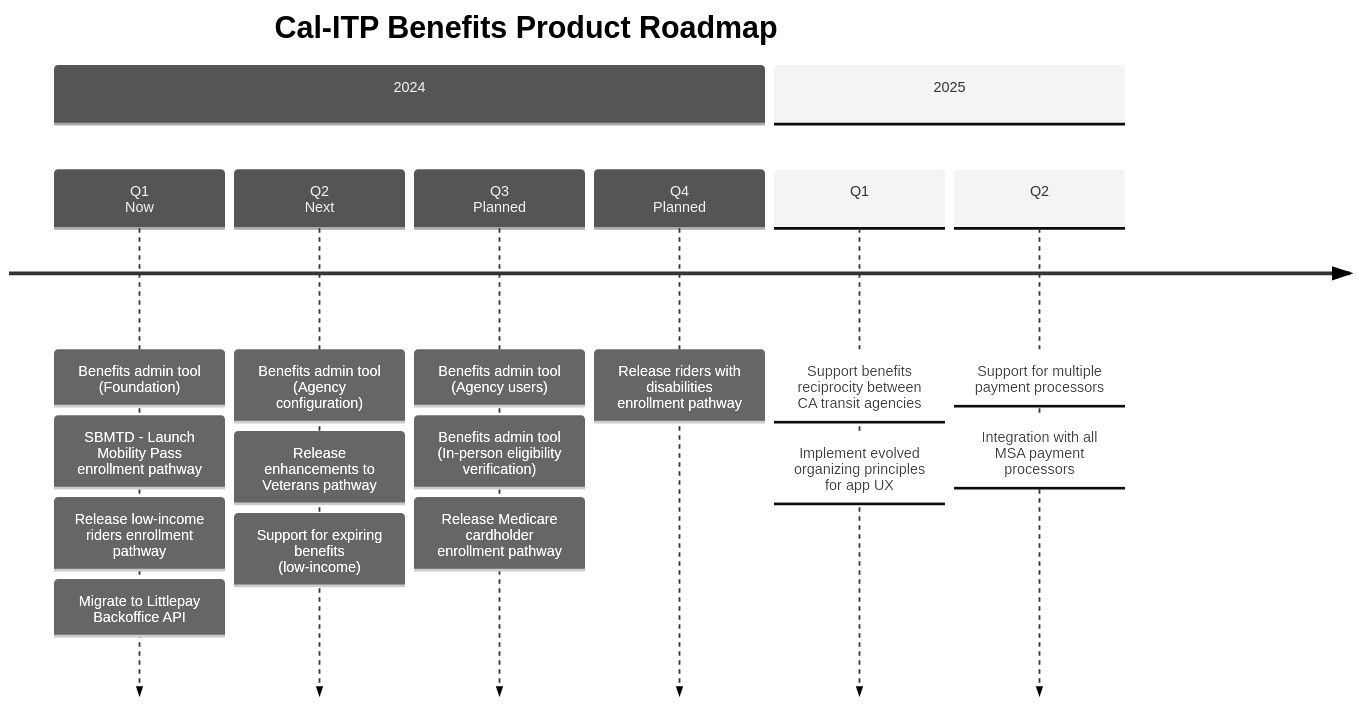
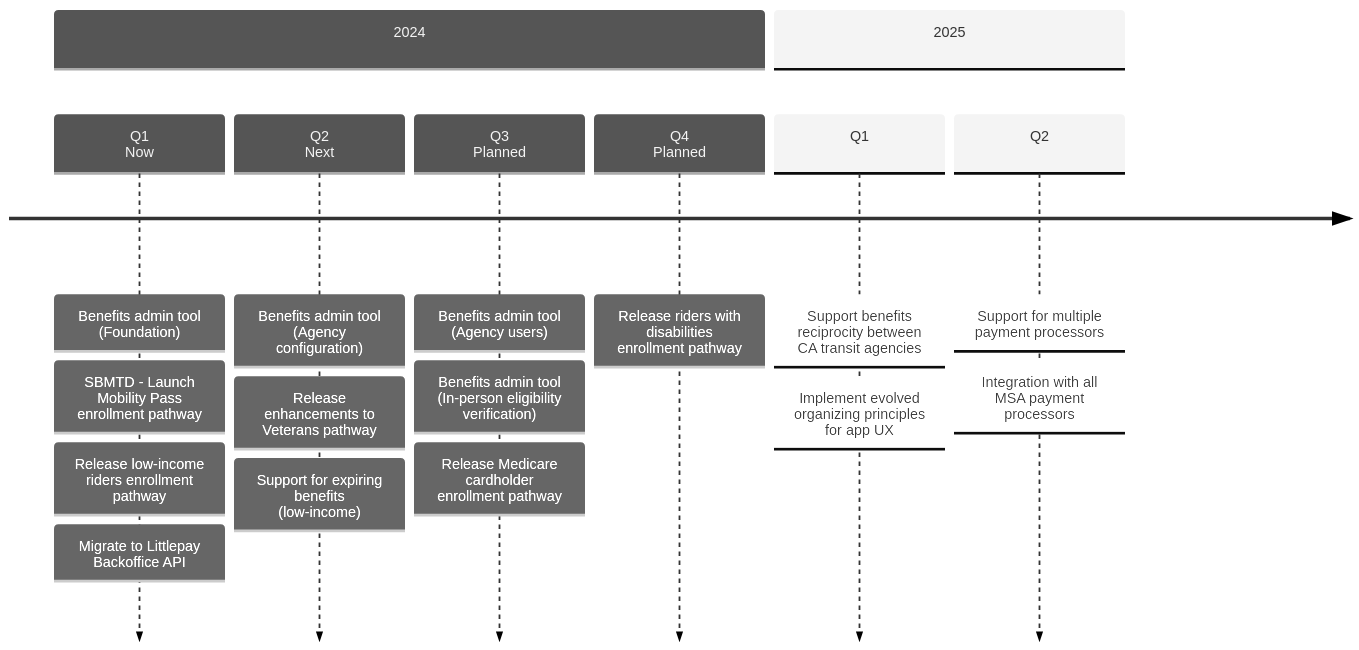
The diagram in docs/enrollment-pathways/README.md (cal-itp/benefits), drawn with Mermaid (neutral theme) before and after one commit.

Commit message:
fix(docs): clean up front-matter
front-matter should be in the form of

---
key: value
---

this adds the colon to the title key

````diff
--- a/docs/enrollment-pathways/README.md
+++ b/docs/enrollment-pathways/README.md
@@ -19,39 +19,39 @@
 ```mermaid
 timeline
 ---
-title Cal-ITP Benefits Product Roadmap
+title: Cal-ITP Benefits Product Roadmap
 ----
 %% Cal-ITP Benefits Epics (2024)
           section 2024
 
           Q1<br>Now
           : Benefits admin tool (Foundation)
         %%: SacRT - Launch Older Adults enrollment pathway
           : SBMTD - Launch Mobility Pass enrollment pathway
           : Release low-income riders enrollment pathway
           : Migrate to Littlepay Backoffice API
 
           Q2<br>Next
           : Benefits admin tool (Agency configuration)
           : Release enhancements to Veterans pathway
           : Support for expiring benefits (low-income)
 
           Q3<br>Planned
           : Benefits admin tool (Agency users)
           : Benefits admin tool (In-person eligibility verification)
           : Release Medicare cardholder enrollment pathway
 
           Q4<br>Planned
           : Release riders with disabilities enrollment pathway
 
 %% Cal-ITP Benefits Epics (2025)
           section 2025
 
           Q1
           : Support benefits reciprocity between CA transit agencies
           : Implement evolved organizing principles for app UX
 
           Q2
           : Support for multiple payment processors
           : Integration with all MSA payment processors
 ```
````
